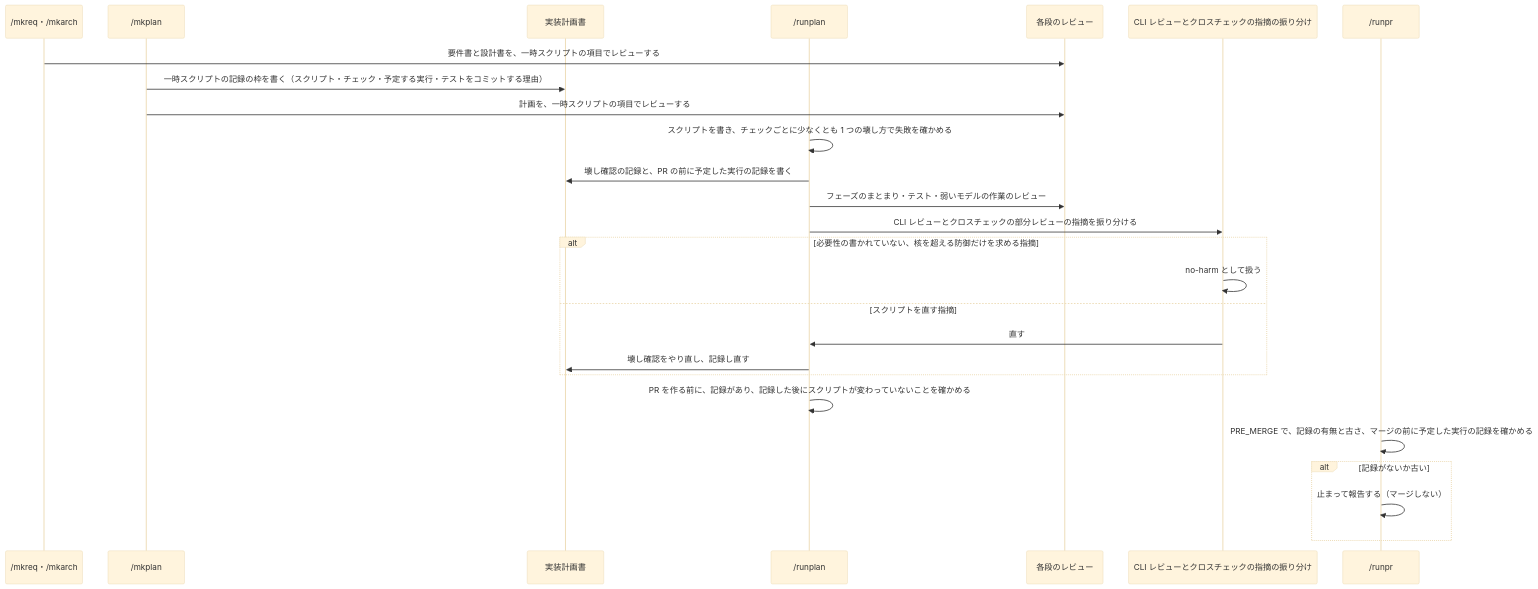
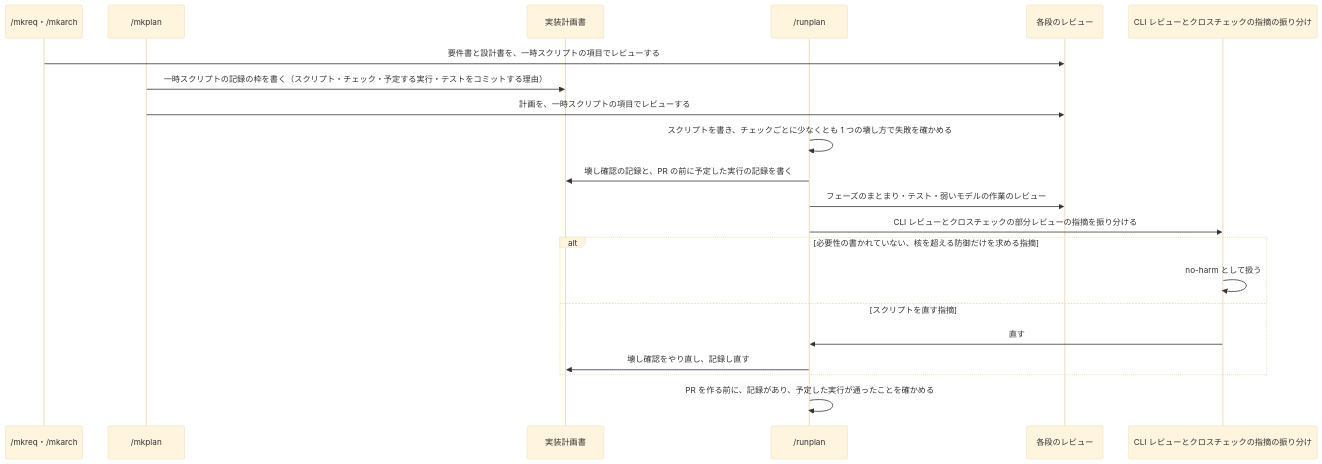
One commit to isseis/yt2column changed the third of 5 diagrams in docs/tasks/0124_checks_proportion/02_architecture.md. Above: the diagram before and after it, drawn with Mermaid (base theme). The commit also changed other lines of this file and 1 other file, not shown here.

````diff
--- a/docs/tasks/0124_checks_proportion/02_architecture.md
+++ b/docs/tasks/0124_checks_proportion/02_architecture.md
@@ -204,29 +202,24 @@
 ```mermaid
 sequenceDiagram
     participant RQ as /mkreq・/mkarch
     participant MP as /mkplan
     participant PL as 実装計画書
     participant RP as /runplan
     participant RV as 各段のレビュー
     participant TR as CLI レビューとクロスチェックの指摘の振り分け
-    participant RR as /runpr
 
     RQ->>RV: 要件書と設計書を、一時スクリプトの項目でレビューする
     MP->>PL: 一時スクリプトの記録の枠を書く（スクリプト・チェック・予定する実行・テストをコミットする理由）
     MP->>RV: 計画を、一時スクリプトの項目でレビューする
     RP->>RP: スクリプトを書き、チェックごとに少なくとも 1 つの壊し方で失敗を確かめる
     RP->>PL: 壊し確認の記録と、PR の前に予定した実行の記録を書く
     RP->>RV: フェーズのまとまり・テスト・弱いモデルの作業のレビュー
     RP->>TR: CLI レビューとクロスチェックの部分レビューの指摘を振り分ける
     alt 必要性の書かれていない、核を超える防御だけを求める指摘
         TR->>TR: no-harm として扱う
     else スクリプトを直す指摘
         TR->>RP: 直す
         RP->>PL: 壊し確認をやり直し、記録し直す
     end
-    RP->>RP: PR を作る前に、記録があり、記録した後にスクリプトが変わっていないことを確かめる
-    RR->>RR: PRE_MERGE で、記録の有無と古さ、マージの前に予定した実行の記録を確かめる
-    alt 記録がないか古い
-        RR->>RR: 止まって報告する（マージしない）
-    end
+    RP->>RP: PR を作る前に、記録があり、予定した実行が通ったことを確かめる
 ```
````
